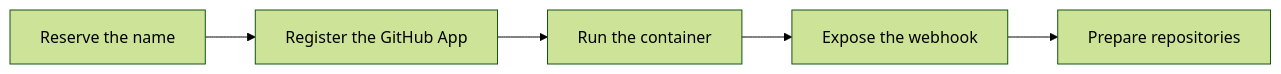
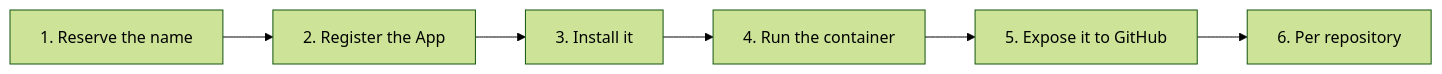
One commit to industrial-mathematics-group/agent changed the diagram in docs/getting-started/index.md. Above: the diagram before and after it, drawn with Mermaid (forest theme). The commit also changed other lines of this file and 23 other files, not shown here.

````diff
--- a/docs/getting-started/index.md
+++ b/docs/getting-started/index.md
@@ -17,7 +14,8 @@
 ```mermaid
 graph LR
-  A[Reserve the name] --> B[Register the GitHub App]
-  B --> C[Run the container]
-  C --> D[Expose the webhook]
-  D --> E[Prepare repositories]
+  A[1. Reserve the name] --> B[2. Register the App]
+  B --> C[3. Install it]
+  C --> D[4. Run the container]
+  D --> E[5. Expose it to GitHub]
+  E --> F[6. Per repository]
 ```
````
